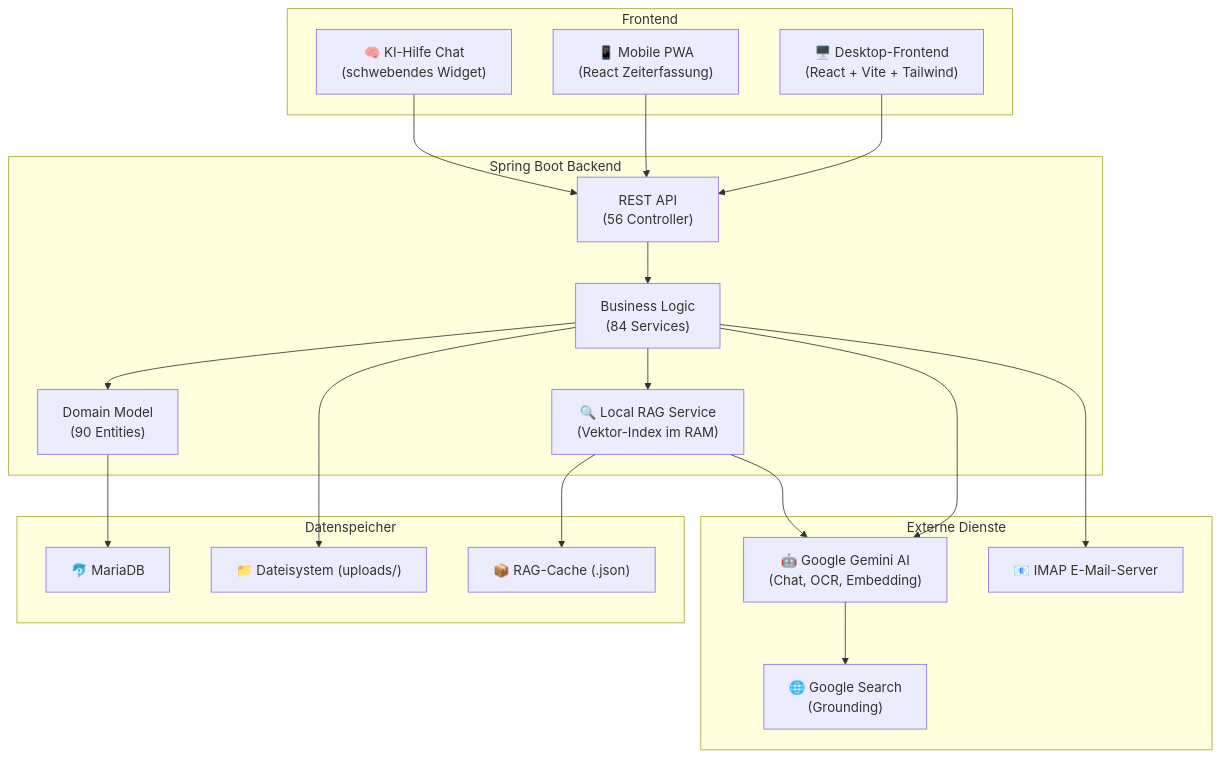
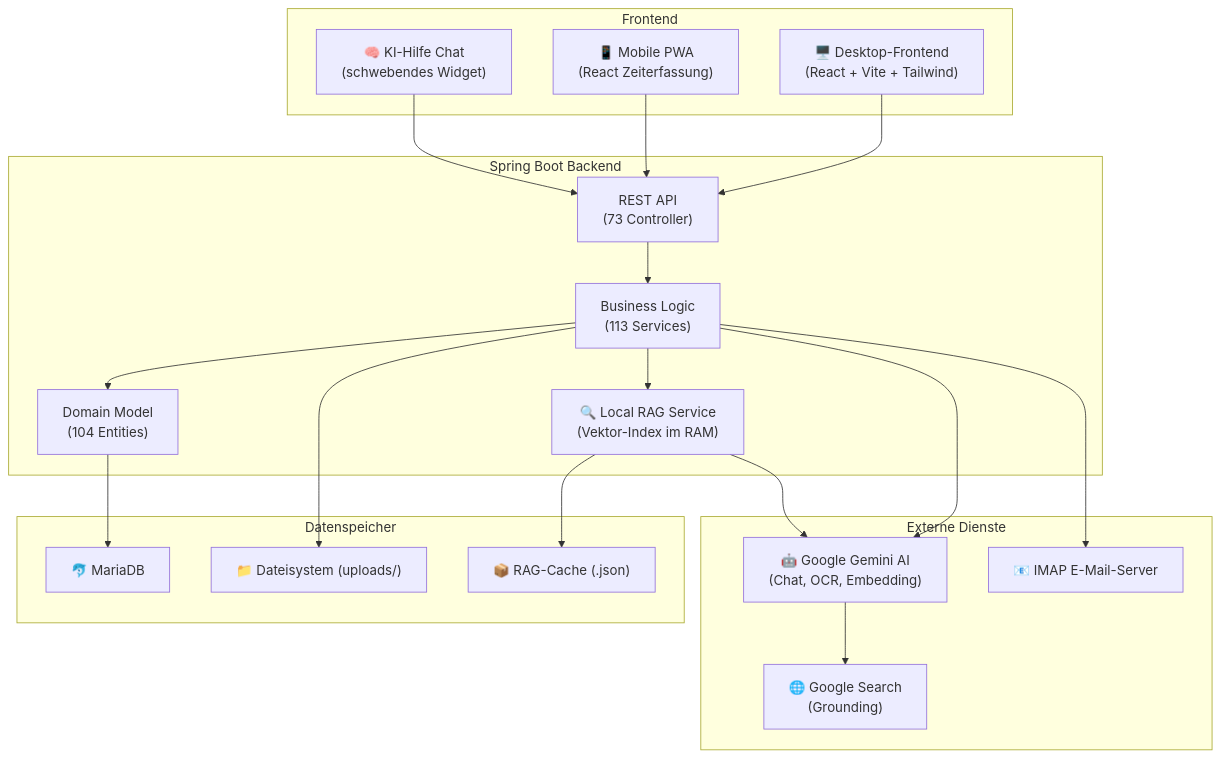
One commit to Winfo2024Kuhn/ERP-System-fuer-Handwerksbetriebe changed the diagram in README.md. Above: the diagram before and after it, drawn with Mermaid. The commit also changed other lines of this file and 7 other files, not shown here.

````diff
--- a/README.md
+++ b/README.md
@@ -228,41 +305,41 @@
 ```mermaid
 graph TB
     subgraph Frontend
         PC["🖥️ Desktop-Frontend<br/>(React + Vite + Tailwind)"]
         Mobile["📱 Mobile PWA<br/>(React Zeiterfassung)"]
         KI["🧠 KI-Hilfe Chat<br/>(schwebendes Widget)"]
     end
 
     subgraph Backend["Spring Boot Backend"]
-        API["REST API<br/>(56 Controller)"]
-        Services["Business Logic<br/>(84 Services)"]
-        Domain["Domain Model<br/>(90 Entities)"]
+        API["REST API<br/>(73 Controller)"]
+        Services["Business Logic<br/>(113 Services)"]
+        Domain["Domain Model<br/>(104 Entities)"]
         RAG["🔍 Local RAG Service<br/>(Vektor-Index im RAM)"]
     end
 
     subgraph Extern["Externe Dienste"]
         AI["🤖 Google Gemini AI<br/>(Chat, OCR, Embedding)"]
         Search["🌐 Google Search<br/>(Grounding)"]
         IMAP["📧 IMAP E-Mail-Server"]
     end
 
     subgraph Daten["Datenspeicher"]
         MariaDB["🐬 MariaDB"]
         FS["📁 Dateisystem (uploads/)"]
         Cache["📦 RAG-Cache (.json)"]
     end
 
     PC --> API
     Mobile --> API
     KI --> API
     API --> Services
     Services --> Domain
     Domain --> MariaDB
     Services --> FS
     Services --> AI
     Services --> IMAP
     RAG --> AI
     RAG --> Cache
     Services --> RAG
     AI --> Search
 ```
````
